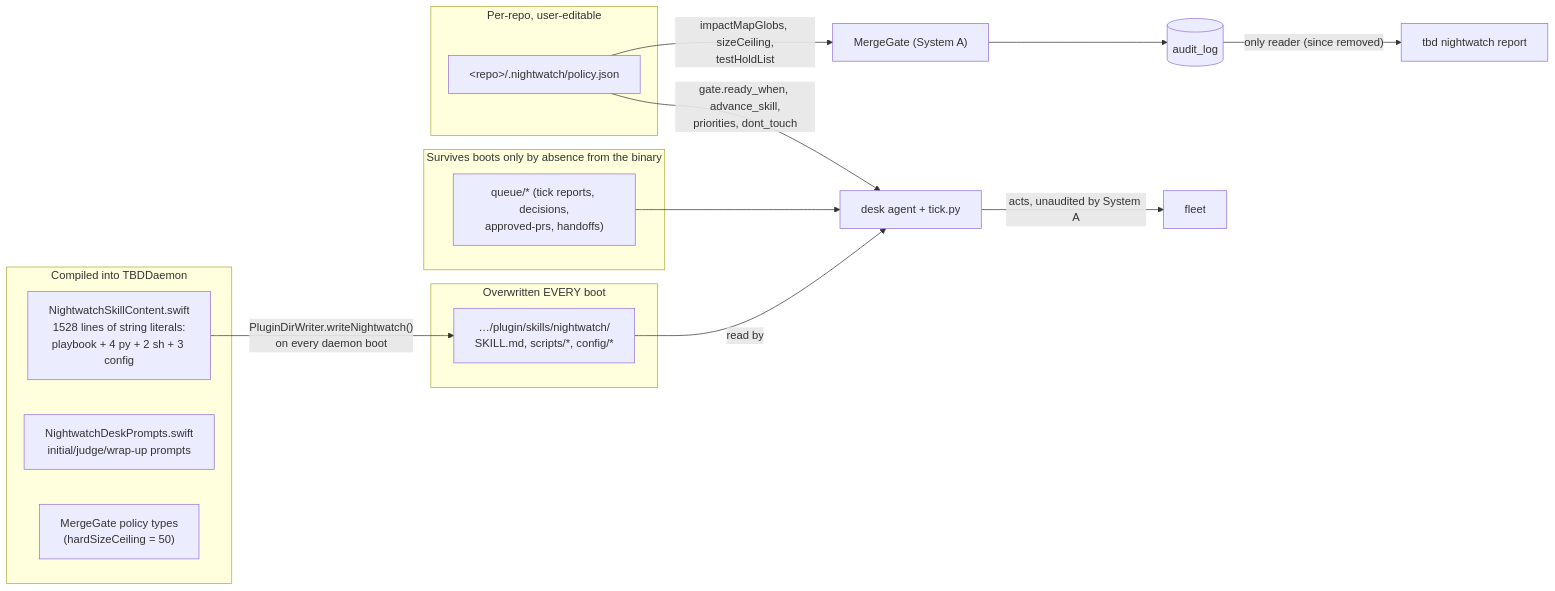
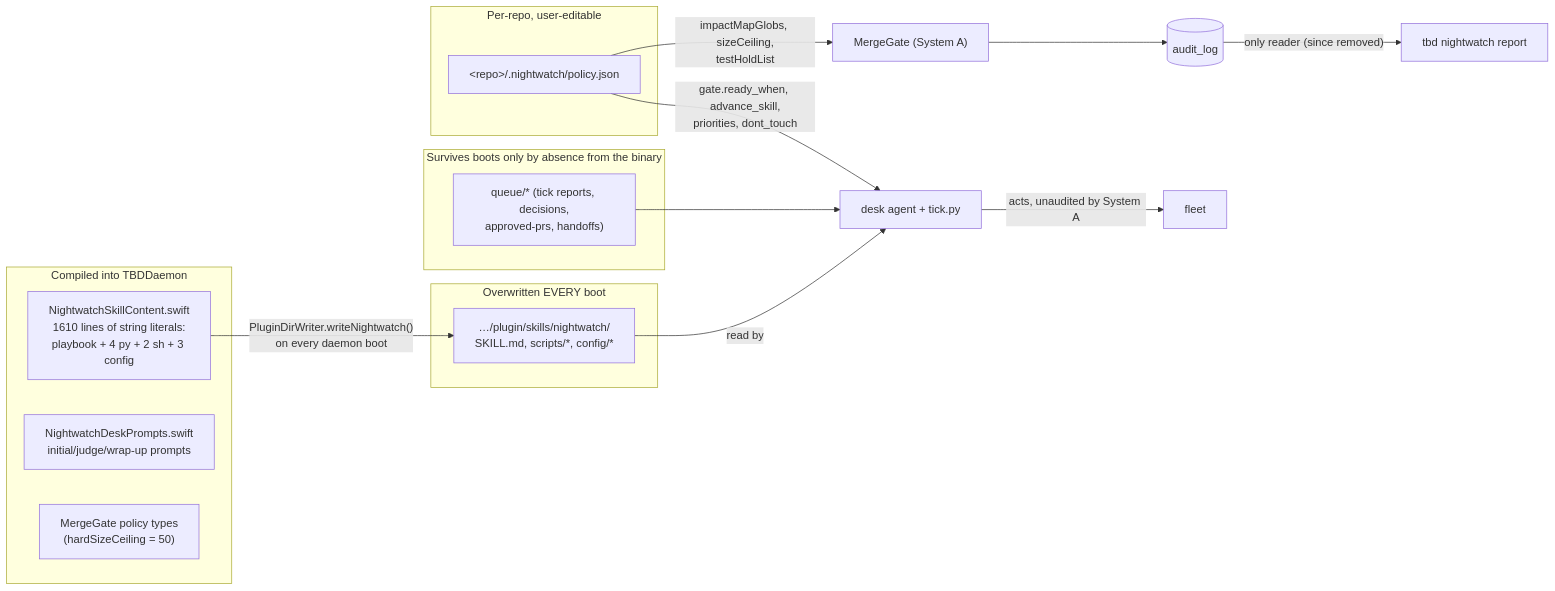
Before and after one commit to cheapsteak/tbd: the fourth of 5 diagrams in docs/nightwatch.md, drawn with Mermaid. The commit also changed other lines of this file, not shown here.

First line of the commit message:
docs: refresh nightwatch.md citations against the post-PR-#569 tree

````diff
--- a/docs/nightwatch.md
+++ b/docs/nightwatch.md
@@ -234,29 +238,29 @@
 ```mermaid
 flowchart LR
     subgraph binary["Compiled into TBDDaemon"]
-        nsc["NightwatchSkillContent.swift<br/>1528 lines of string literals:<br/>playbook + 4 py + 2 sh + 3 config"]
+        nsc["NightwatchSkillContent.swift<br/>1610 lines of string literals:<br/>playbook + 4 py + 2 sh + 3 config"]
         prompts["NightwatchDeskPrompts.swift<br/>initial/judge/wrap-up prompts"]
         mg["MergeGate policy types<br/>(hardSizeCeiling = 50)"]
     end
 
     subgraph disk["Overwritten EVERY boot"]
         skill["…/plugin/skills/nightwatch/<br/>SKILL.md, scripts/*, config/*"]
     end
 
     subgraph survives["Survives boots only by absence from the binary"]
         queue["queue/* (tick reports, decisions,<br/>approved-prs, handoffs)"]
     end
 
     subgraph perRepo["Per-repo, user-editable"]
         pol["&lt;repo&gt;/.nightwatch/policy.json"]
     end
 
     nsc -->|"PluginDirWriter.writeNightwatch()<br/>on every daemon boot"| skill
     skill -->|"read by"| deskA["desk agent + tick.py"]
     queue --> deskA
     pol -->|"impactMapGlobs, sizeCeiling,<br/>testHoldList"| gateA["MergeGate (System A)"]
     pol -->|"gate.ready_when, advance_skill,<br/>priorities, dont_touch"| deskA
     gateA --> auditT[("audit_log")]
     auditT -->|"only reader (since removed)"| cli["tbd nightwatch report"]
     deskA -->|"acts, unaudited by System A"| fleet2["fleet"]
 ```
````
